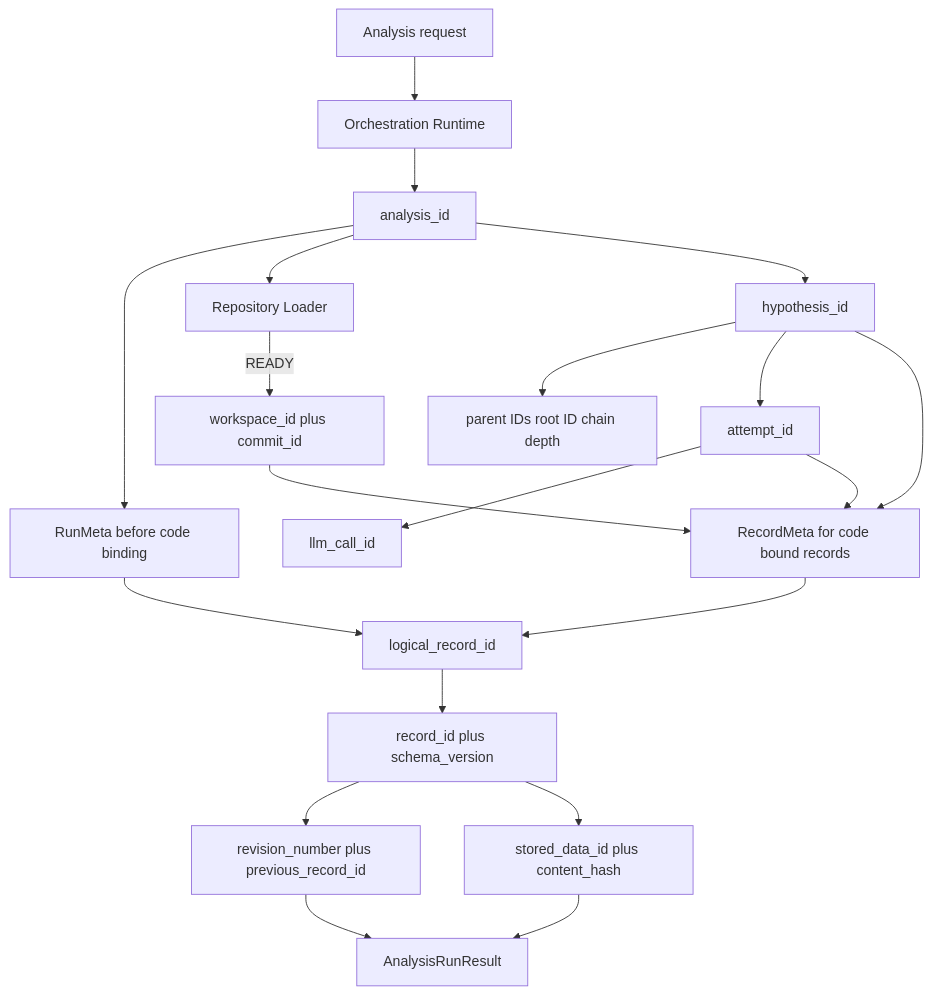
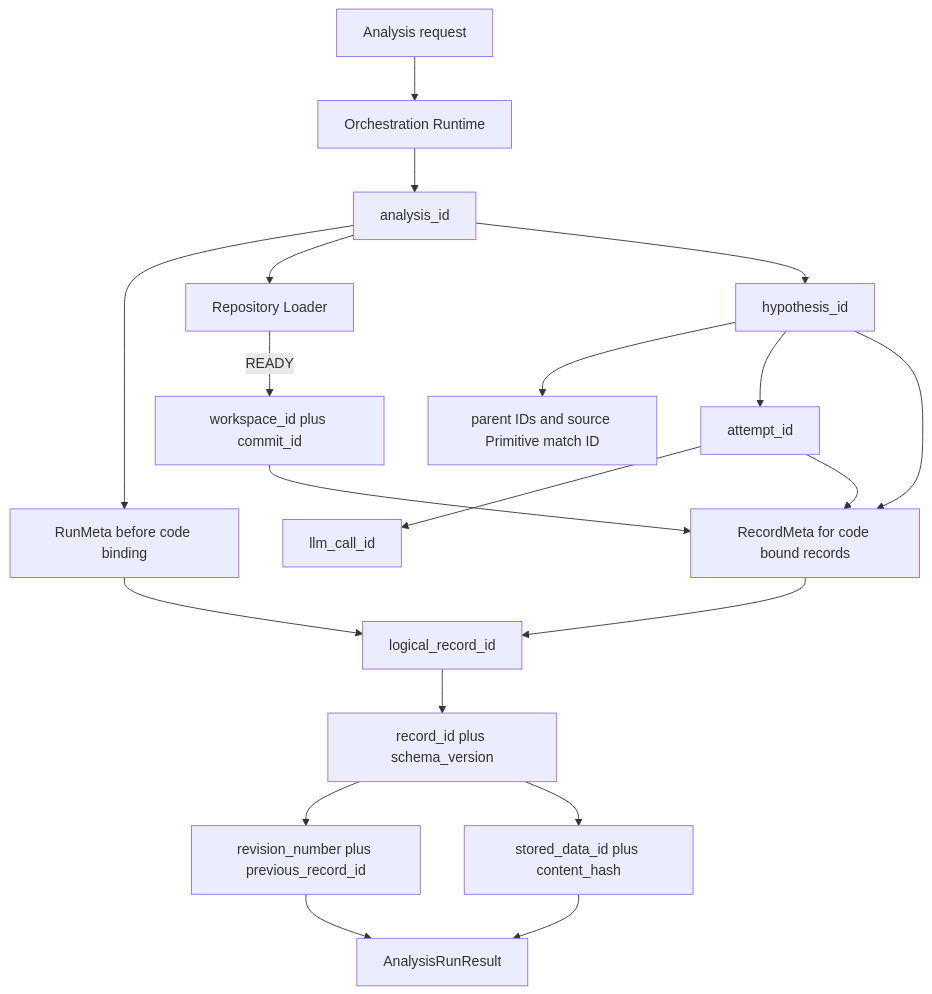
One commit to SASTsimi/sastsimi changed the ninth of 13 diagrams in docs/architecture-v5/13-architecture-diagrams.md. Above: the diagram before and after it, drawn with Mermaid. The commit also changed other lines of this file and 34 other files, not shown here.

````diff
--- a/docs/architecture-v5/13-architecture-diagrams.md
+++ b/docs/architecture-v5/13-architecture-diagrams.md
@@ -306,22 +308,22 @@
 ```mermaid
 flowchart TB
     INPUT[Analysis request] --> ORCH[Orchestration Runtime]
     ORCH --> ANA[analysis_id]
     ANA --> RUNMETA[RunMeta before code binding]
     ANA --> LOADER[Repository Loader]
     LOADER -->|READY| WORK[workspace_id plus commit_id]
     ANA --> HYP[hypothesis_id]
-    HYP --> REL[parent IDs root ID chain depth]
+    HYP --> REL[parent IDs and source Primitive match ID]
     HYP --> ATT[attempt_id]
     ATT --> CALL[llm_call_id]
     WORK --> META
     HYP --> META
     ATT --> META
     RUNMETA --> LOGICAL[logical_record_id]
     META[RecordMeta for code bound records] --> LOGICAL
     LOGICAL --> REC[record_id plus schema_version]
     REC --> REV[revision_number plus previous_record_id]
     REC --> DATA[stored_data_id plus content_hash]
     REV --> RUN[AnalysisRunResult]
     DATA --> RUN
 ```
````
